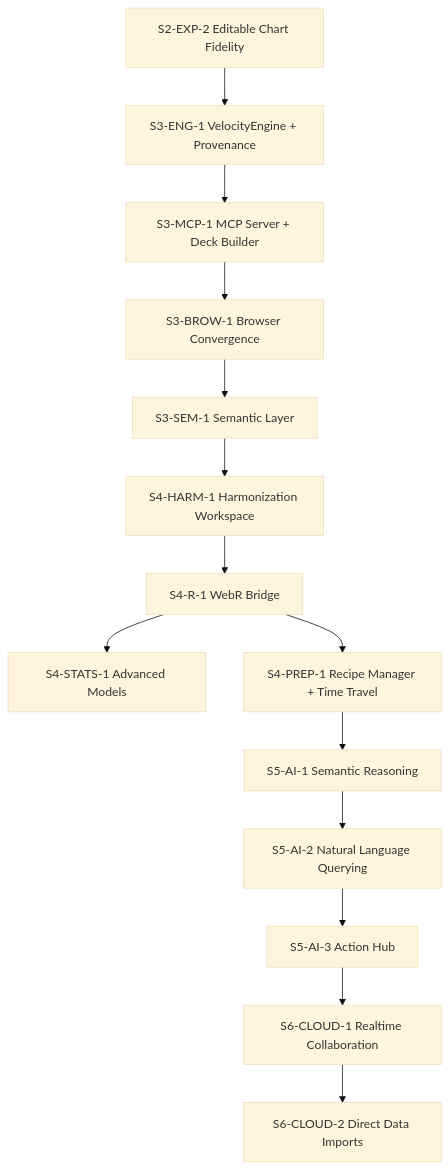
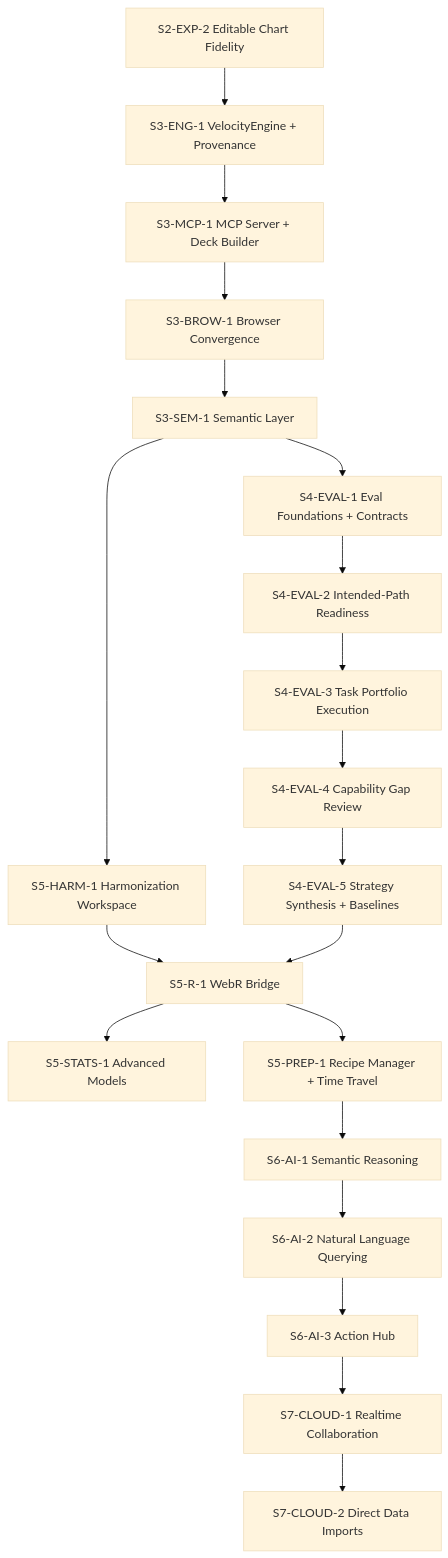
The diagram in docs/tracker_00_implementation_status.md (cbrown564-alt/Velocity), drawn with Mermaid (base theme) before and after one commit. The commit also changed other lines of this file and 5 other files, not shown here.

````diff
--- a/docs/tracker_00_implementation_status.md
+++ b/docs/tracker_00_implementation_status.md
@@ -33,19 +33,26 @@
 ```mermaid
 graph TD
   S2EXP2["S2-EXP-2 Editable Chart Fidelity"] --> S3ENG1["S3-ENG-1 VelocityEngine + Provenance"]
   S3ENG1 --> S3MCP1["S3-MCP-1 MCP Server + Deck Builder"]
   S3MCP1 --> S3BROW1["S3-BROW-1 Browser Convergence"]
   S3BROW1 --> S3SEM1["S3-SEM-1 Semantic Layer"]
 
-  S3SEM1 --> S4HARM1["S4-HARM-1 Harmonization Workspace"]
-  S4HARM1 --> S4R1["S4-R-1 WebR Bridge"]
-  S4R1 --> S4STATS1["S4-STATS-1 Advanced Models"]
-  S4R1 --> S4PREP1["S4-PREP-1 Recipe Manager + Time Travel"]
+  S3SEM1 --> S4EVAL1["S4-EVAL-1 Eval Foundations + Contracts"]
+  S4EVAL1 --> S4EVAL2["S4-EVAL-2 Intended-Path Readiness"]
+  S4EVAL2 --> S4EVAL3["S4-EVAL-3 Task Portfolio Execution"]
+  S4EVAL3 --> S4EVAL4["S4-EVAL-4 Capability Gap Review"]
+  S4EVAL4 --> S4EVAL5["S4-EVAL-5 Strategy Synthesis + Baselines"]
 
-  S4PREP1 --> S5AI1["S5-AI-1 Semantic Reasoning"]
-  S5AI1 --> S5AI2["S5-AI-2 Natural Language Querying"]
-  S5AI2 --> S5AI3["S5-AI-3 Action Hub"]
+  S3SEM1 --> S5HARM1["S5-HARM-1 Harmonization Workspace"]
+  S5HARM1 --> S5R1["S5-R-1 WebR Bridge"]
+  S4EVAL5 --> S5R1
+  S5R1 --> S5STATS1["S5-STATS-1 Advanced Models"]
+  S5R1 --> S5PREP1["S5-PREP-1 Recipe Manager + Time Travel"]
 
-  S5AI3 --> S6CLOUD1["S6-CLOUD-1 Realtime Collaboration"]
-  S6CLOUD1 --> S6CLOUD2["S6-CLOUD-2 Direct Data Imports"]
+  S5PREP1 --> S6AI1["S6-AI-1 Semantic Reasoning"]
+  S6AI1 --> S6AI2["S6-AI-2 Natural Language Querying"]
+  S6AI2 --> S6AI3["S6-AI-3 Action Hub"]
+
+  S6AI3 --> S7CLOUD1["S7-CLOUD-1 Realtime Collaboration"]
+  S7CLOUD1 --> S7CLOUD2["S7-CLOUD-2 Direct Data Imports"]
 ```
````
